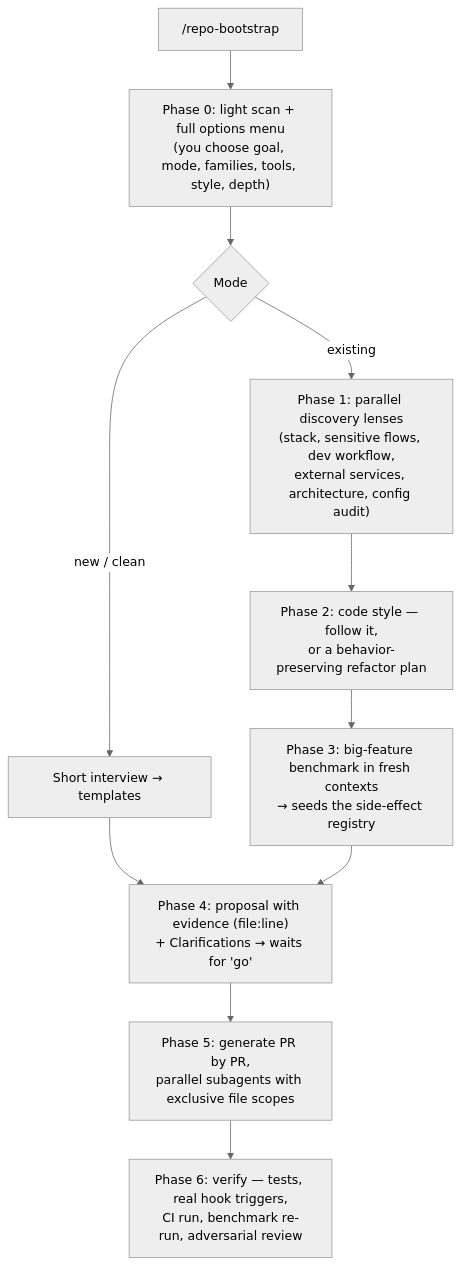
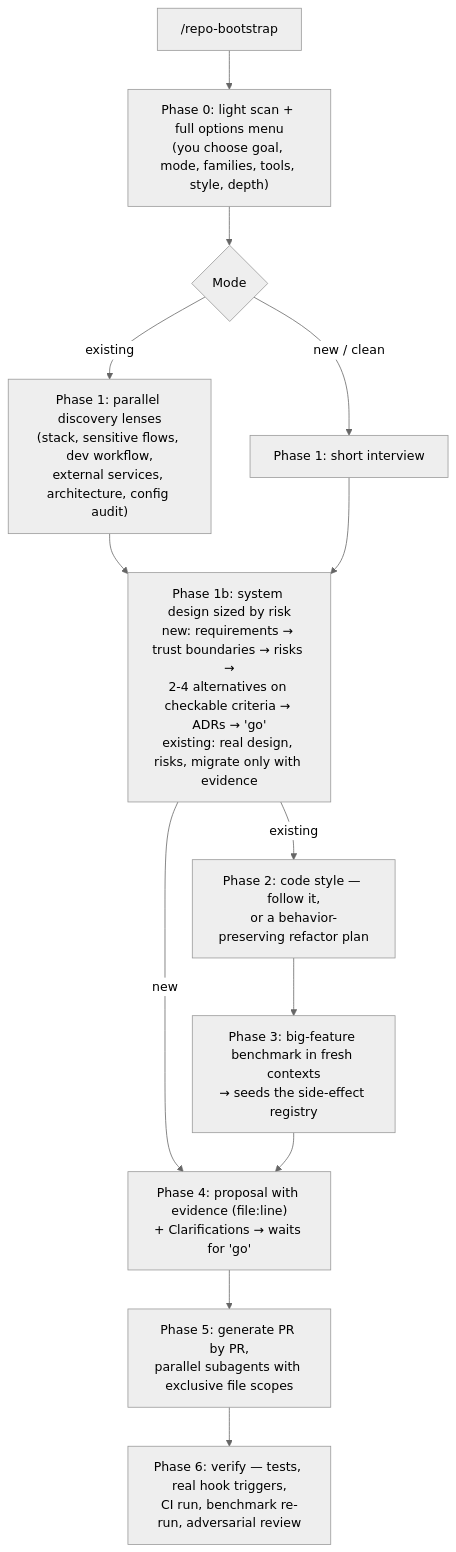
Before and after one commit to rwxce/agentic-repo-kit: the diagram in README.md, drawn with Mermaid (neutral theme). The commit also changed other lines of this file and 7 other files, not shown here.

First line of the commit message:
feat(repo-bootstrap): system design phase between understand and propose

````diff
--- a/README.md
+++ b/README.md
@@ -77,13 +77,16 @@
 ```mermaid
 flowchart TD
   S["/repo-bootstrap"] --> Q["Phase 0: light scan + full options menu<br/>(you choose goal, mode, families, tools, style, depth)"]
   Q --> M{"Mode"}
-  M -->|new / clean| I["Short interview → templates"]
+  M -->|new / clean| I["Phase 1: short interview"]
   M -->|existing| D["Phase 1: parallel discovery lenses<br/>(stack, sensitive flows, dev workflow,<br/>external services, architecture, config audit)"]
-  D --> C["Phase 2: code style — follow it,<br/>or a behavior-preserving refactor plan"]
+  C["Phase 2: code style — follow it,<br/>or a behavior-preserving refactor plan"]
+  D --> SD
+  I --> SD["Phase 1b: system design sized by risk<br/>new: requirements → trust boundaries → risks →<br/>2-4 alternatives on checkable criteria → ADRs → 'go'<br/>existing: real design, risks, migrate only with evidence"]
+  SD -->|existing| C
+  SD -->|new| P
   C --> B["Phase 3: big-feature benchmark in fresh contexts<br/>→ seeds the side-effect registry"]
-  I --> P
   B --> P["Phase 4: proposal with evidence (file:line)<br/>+ Clarifications → waits for 'go'"]
   P --> G["Phase 5: generate PR by PR,<br/>parallel subagents with exclusive file scopes"]
   G --> V["Phase 6: verify — tests, real hook triggers,<br/>CI run, benchmark re-run, adversarial review"]
 ```
````
